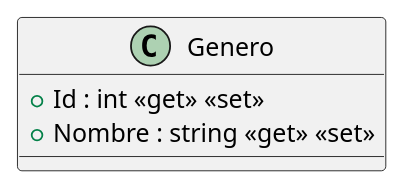
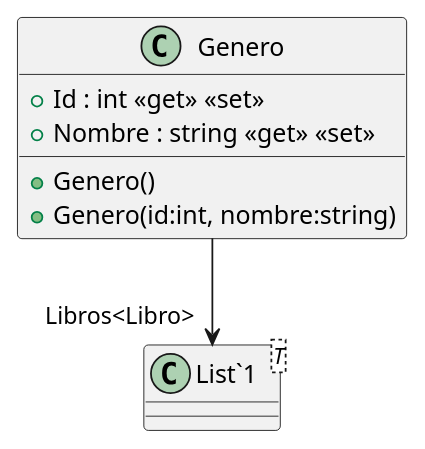
One commit to ISII2627NeedMoneyForMac/ISII2627NeedMoneyForMac changed the diagram in src/AppForSEII.API/ClassDiagram/Genero.puml. Above: the diagram before and after it, drawn with PlantUML. The commit also changed 14 other files, not shown here.

Commit message:
Se han editado las clases compra, compraItem y libro, y el diagrama del CU Comprar libro (#48)

```diff
--- a/src/AppForSEII.API/ClassDiagram/Genero.puml
+++ b/src/AppForSEII.API/ClassDiagram/Genero.puml
@@ -1,6 +1,11 @@
 @startuml
 class Genero {
+    + Genero()
+    + Genero(id:int, nombre:string)
     + Id : int <<get>> <<set>>
     + Nombre : string <<get>> <<set>>
 }
+class "List`1"<T> {
+}
+Genero --> "Libros<Libro>" "List`1"
 @enduml
```
